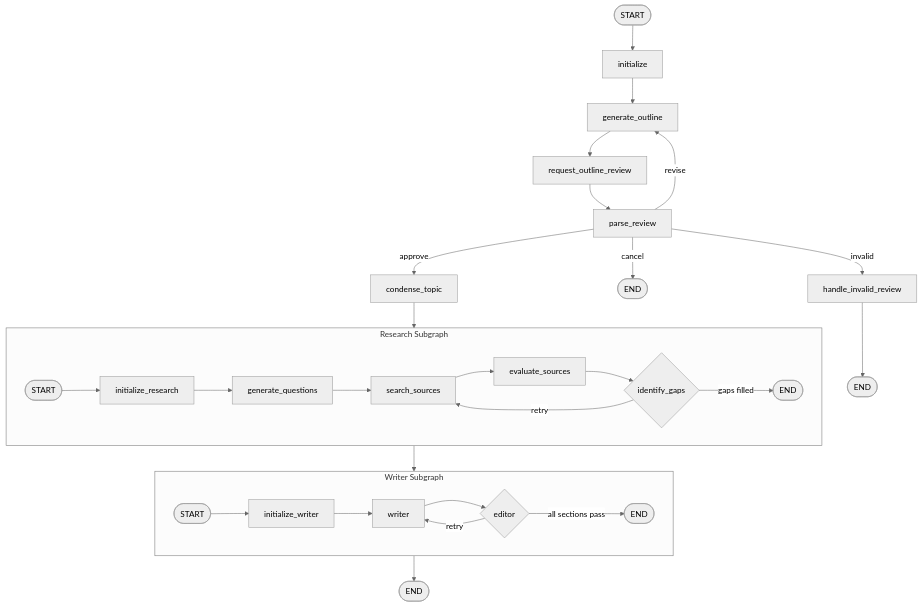
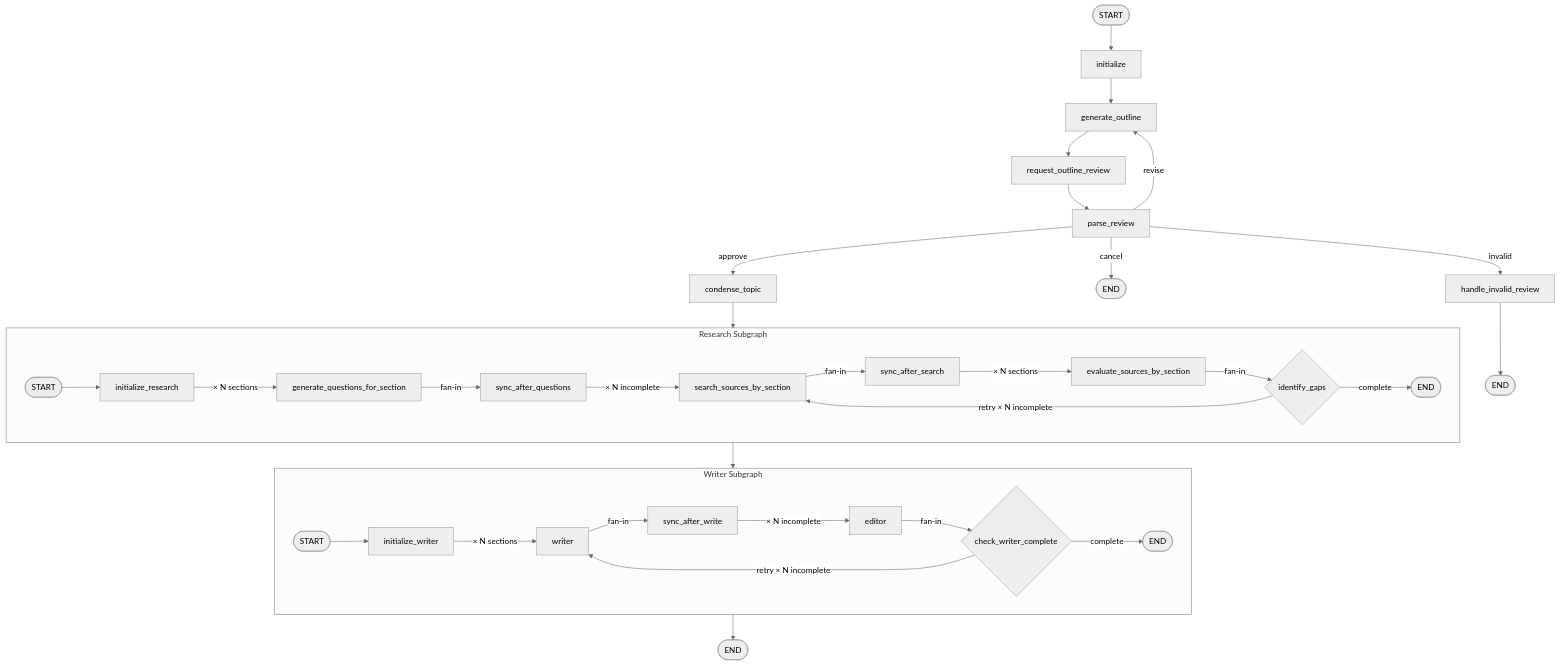
Before and after one commit to RyanJones8538/langgraph-research-assistant: the diagram in README.md, drawn with Mermaid (neutral theme). The commit also changed 10 other files, not shown here.

````diff
--- a/README.md
+++ b/README.md
@@ -23,37 +23,41 @@
 ```mermaid
 graph TD
     START([START]) --> init[initialize]
     init --> outline[generate_outline]
     outline --> review[request_outline_review]
     review --> parse[parse_review]
 
     parse -->|approve| condense[condense_topic]
     parse -->|revise| outline
     parse -->|cancel| END1([END])
     parse -->|invalid| inv[handle_invalid_review]
     inv --> END2([END])
 
     condense --> R
 
     subgraph R [Research Subgraph]
         r1([START]) --> r2[initialize_research]
-        r2 --> r3[generate_questions]
-        r3 --> r4[search_sources]
-        r4 --> r5[evaluate_sources]
-        r5 --> r6{identify_gaps}
-        r6 -->|gaps filled| r7([END])
-        r6 -->|retry| r4
+        r2 -->|"× N sections"| r3[generate_questions_for_section]
+        r3 -->|fan-in| r_sync1[sync_after_questions]
+        r_sync1 -->|"× N incomplete"| r4[search_sources_by_section]
+        r4 -->|fan-in| r_sync2[sync_after_search]
+        r_sync2 -->|"× N sections"| r5[evaluate_sources_by_section]
+        r5 -->|fan-in| r6{identify_gaps}
+        r6 -->|complete| r7([END])
+        r6 -->|"retry × N incomplete"| r4
     end
 
     R --> W
 
     subgraph W [Writer Subgraph]
         w1([START]) --> w2[initialize_writer]
-        w2 --> w3[writer]
-        w3 --> w4{editor}
-        w4 -->|all sections pass| w5([END])
-        w4 -->|retry| w3
+        w2 -->|"× N sections"| w3[writer]
+        w3 -->|fan-in| w_sync[sync_after_write]
+        w_sync -->|"× N incomplete"| w4[editor]
+        w4 -->|fan-in| w5{check_writer_complete}
+        w5 -->|complete| w6([END])
+        w5 -->|"retry × N incomplete"| w3
     end
 
     W --> END3([END])
 ```
````
